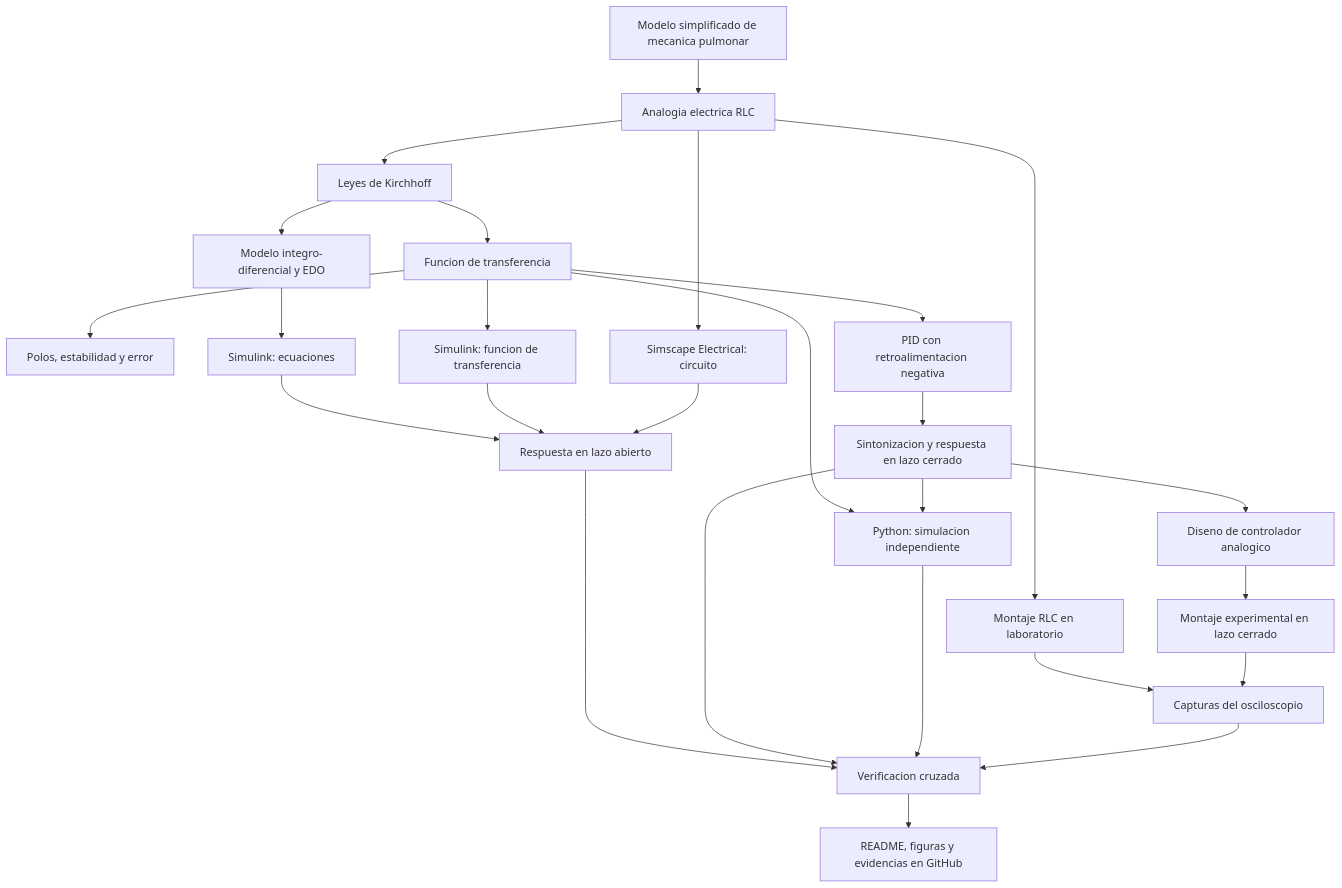
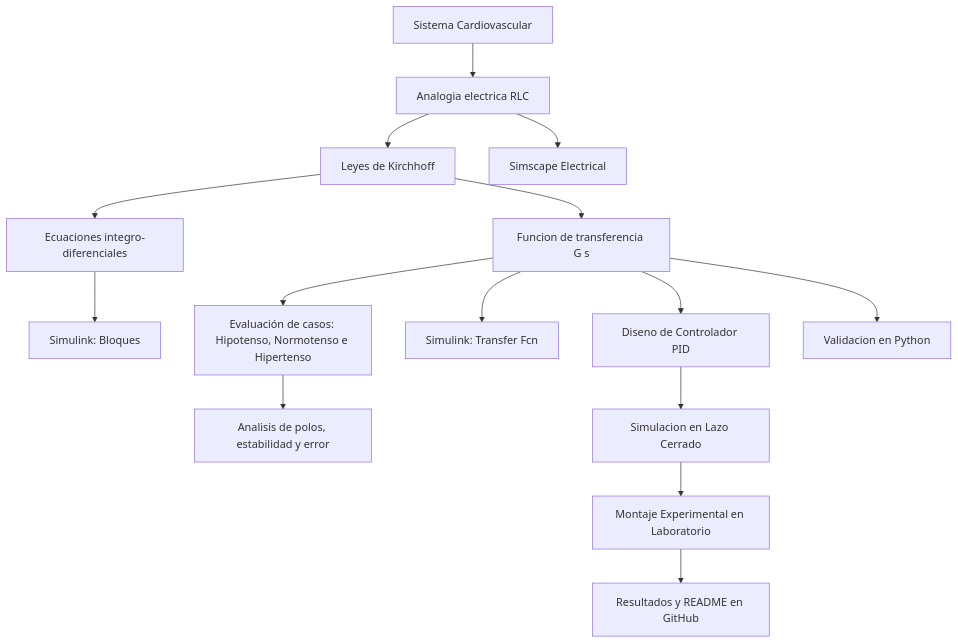
Before and after one commit to YasditContreras/MSFP2: the diagram in README.md, drawn with Mermaid. The commit also changed other lines of this file, not shown here.

````diff
--- a/README.md
+++ b/README.md
@@ -467,28 +270,17 @@
 ```mermaid
 flowchart TD
-    A[Modelo simplificado de mecanica pulmonar] --> B[Analogia electrica RLC]
+    A[Sistema Cardiovascular] --> B[Analogia electrica RLC]
     B --> C[Leyes de Kirchhoff]
-    C --> D[Modelo integro-diferencial y EDO]
-    C --> E[Funcion de transferencia]
-    E --> F[Polos, estabilidad y error]
-    D --> G[Simulink: ecuaciones]
-    E --> H[Simulink: funcion de transferencia]
-    B --> I[Simscape Electrical: circuito]
-    G --> J[Respuesta en lazo abierto]
-    H --> J
-    I --> J
-    E --> K[PID con retroalimentacion negativa]
-    K --> L[Sintonizacion y respuesta en lazo cerrado]
-    E --> M[Python: simulacion independiente]
-    L --> M
-    L --> N[Diseno de controlador analogico]
-    B --> O[Montaje RLC en laboratorio]
-    N --> P[Montaje experimental en lazo cerrado]
-    O --> Q[Capturas del osciloscopio]
-    P --> Q
-    J --> R[Verificacion cruzada]
-    L --> R
-    M --> R
-    Q --> R
-    R --> S[README, figuras y evidencias en GitHub]
+    C --> D[Ecuaciones integro-diferenciales]
+    C --> E[Funcion de transferencia G s ]
+    E --> F[Evaluación de casos: Hipotenso, Normotenso e Hipertenso]
+    F --> G[Analisis de polos, estabilidad y error]
+    D --> H[Simulink: Bloques]
+    E --> I[Simulink: Transfer Fcn]
+    B --> J[Simscape Electrical]
+    E --> K[Diseno de Controlador PID]
+    K --> L[Simulacion en Lazo Cerrado]
+    E --> M[Validacion en Python]
+    L --> N[Montaje Experimental en Laboratorio]
+    N --> O[Resultados y README en GitHub]
 ```
````
